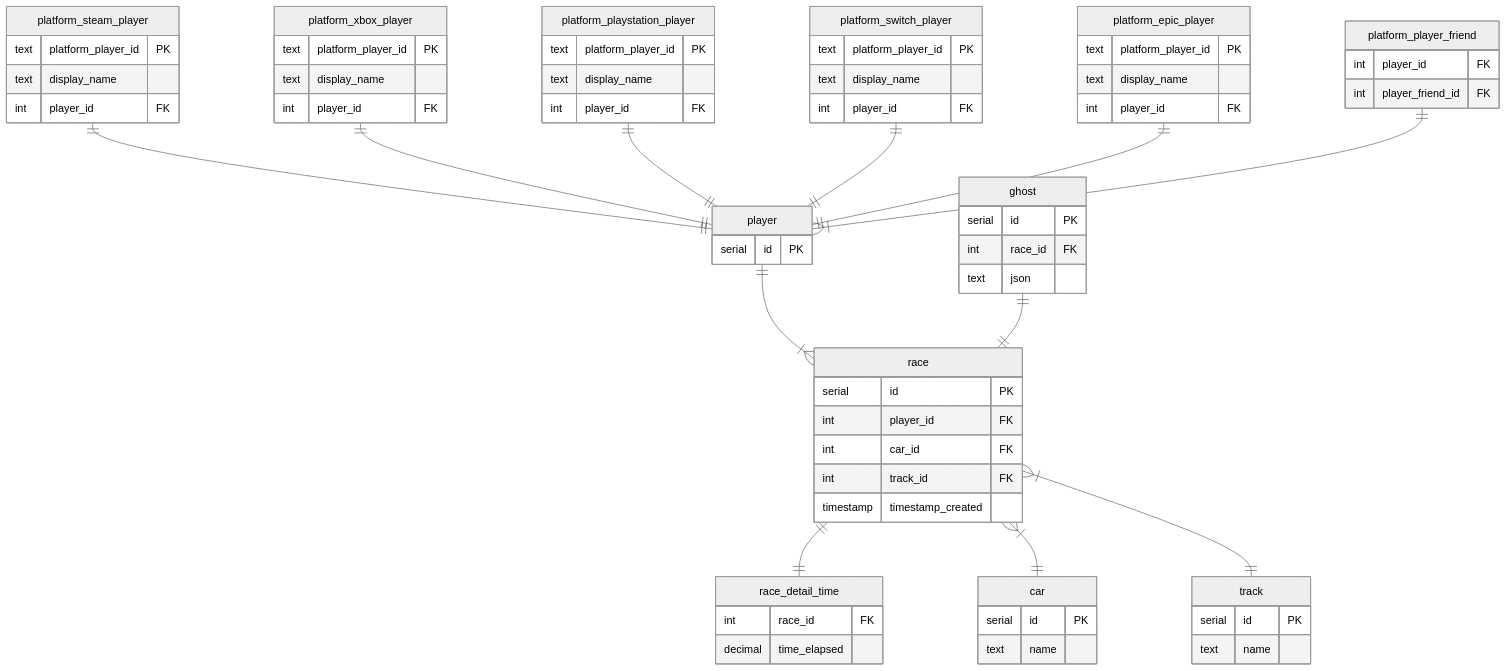
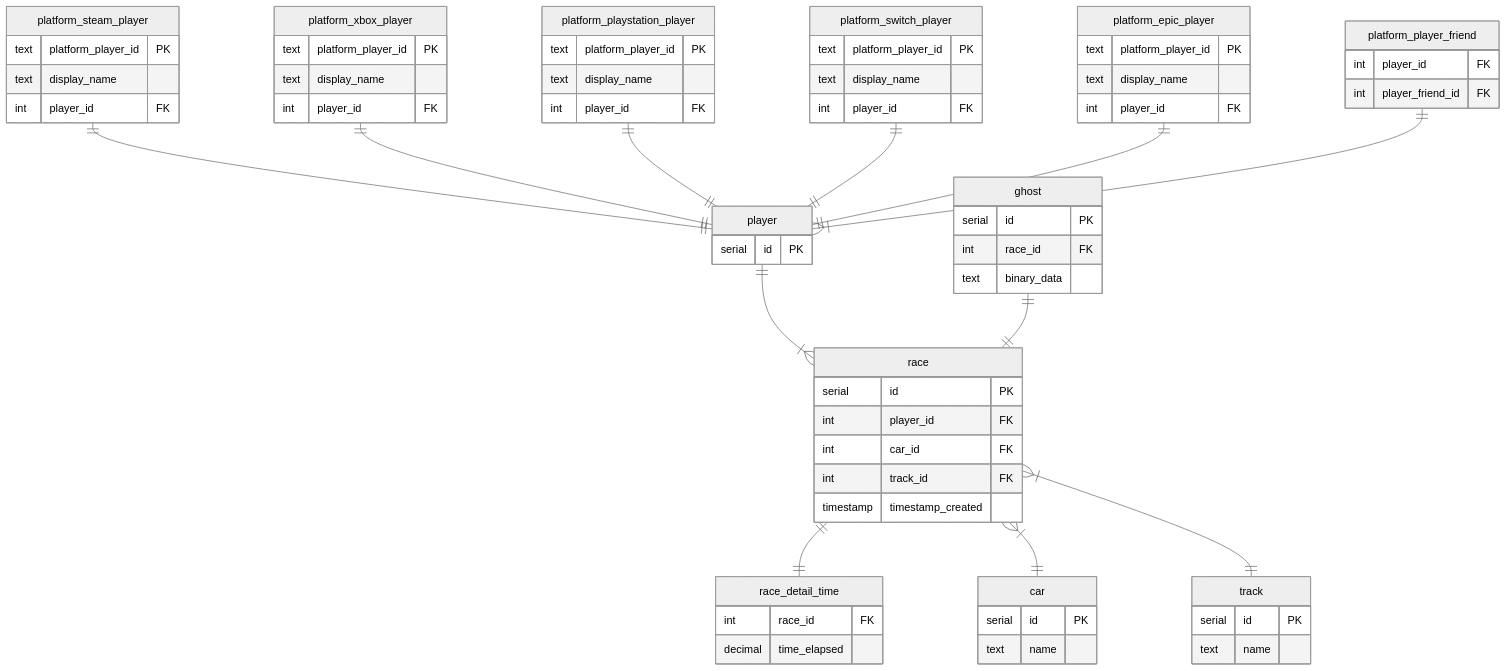
The second of 2 diagrams in README.md (rick-0/MegaLeaderboard), drawn with Mermaid before and after one commit.

````diff
--- a/README.md
+++ b/README.md
@@ -74,72 +74,72 @@
 ``` mermaid
 %%{init: {'theme':'neutral'}}%%
 erDiagram
     platform_steam_player ||--|| player : ""
     platform_xbox_player ||--|| player : ""
     platform_playstation_player ||--|| player : ""
     platform_switch_player ||--|| player : ""
     platform_epic_player ||--|| player : ""
     platform_player_friend ||--|{ player : ""
     player ||--|{ race : ""
     ghost ||--|| race : ""
     race ||--|| race_detail_time : ""
     race }|--|| car : ""
     race }|--|| track : ""
 
     player {
         serial id PK
     }
     platform_player_friend {
         int player_id FK
         int player_friend_id FK
     }
     platform_steam_player {
         text platform_player_id PK
         text display_name
 	    int player_id FK
     }
     platform_xbox_player {
         text platform_player_id PK
         text display_name
 	    int player_id FK
     }
     platform_playstation_player {
         text platform_player_id PK
         text display_name
 	    int player_id FK
     }
     platform_switch_player {
         text platform_player_id PK
         text display_name
 	    int player_id FK
     }
     platform_epic_player {
         text platform_player_id PK
         text display_name
 	    int player_id FK
     }
     race {
         serial id PK
         int player_id FK
         int car_id FK
         int track_id FK
         timestamp timestamp_created
     }
     race_detail_time {
         int race_id FK
         decimal time_elapsed
     }
     ghost {
         serial id PK
         int race_id FK
-        text json
+        text binary_data
     }
     car {
         serial id PK
         text name
     }
     track {
         serial id PK
         text name
     }
 ```
````
